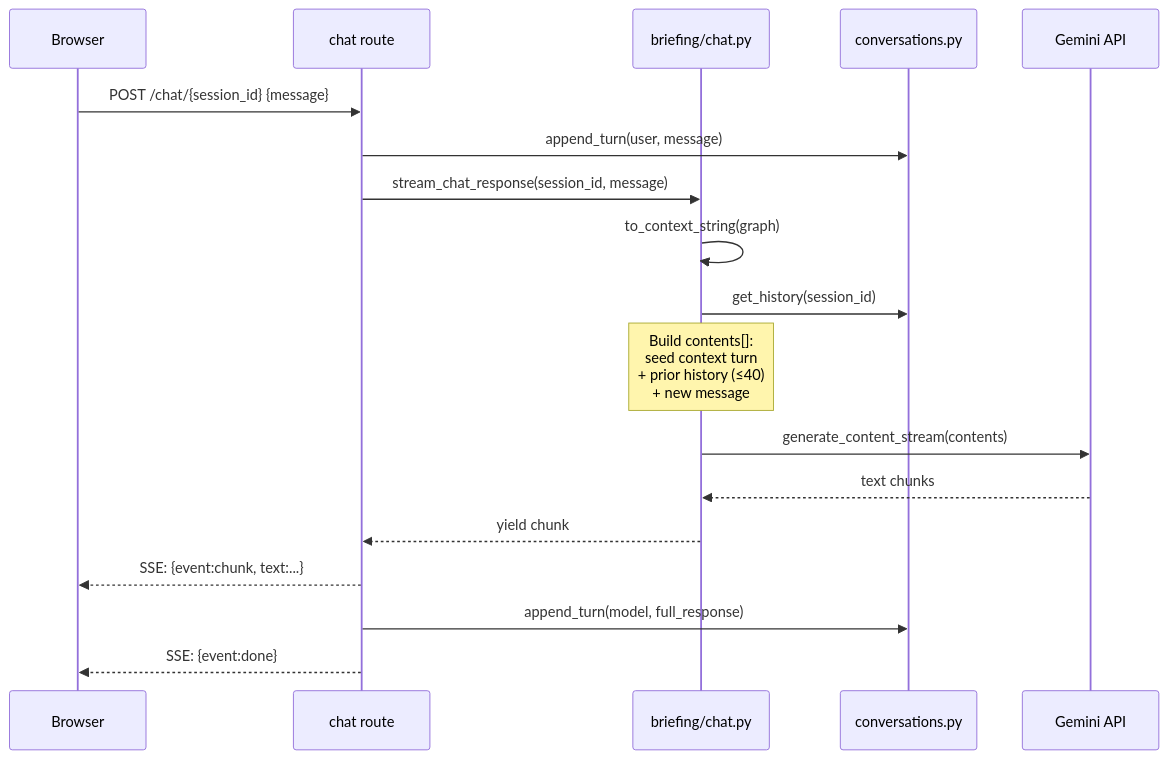
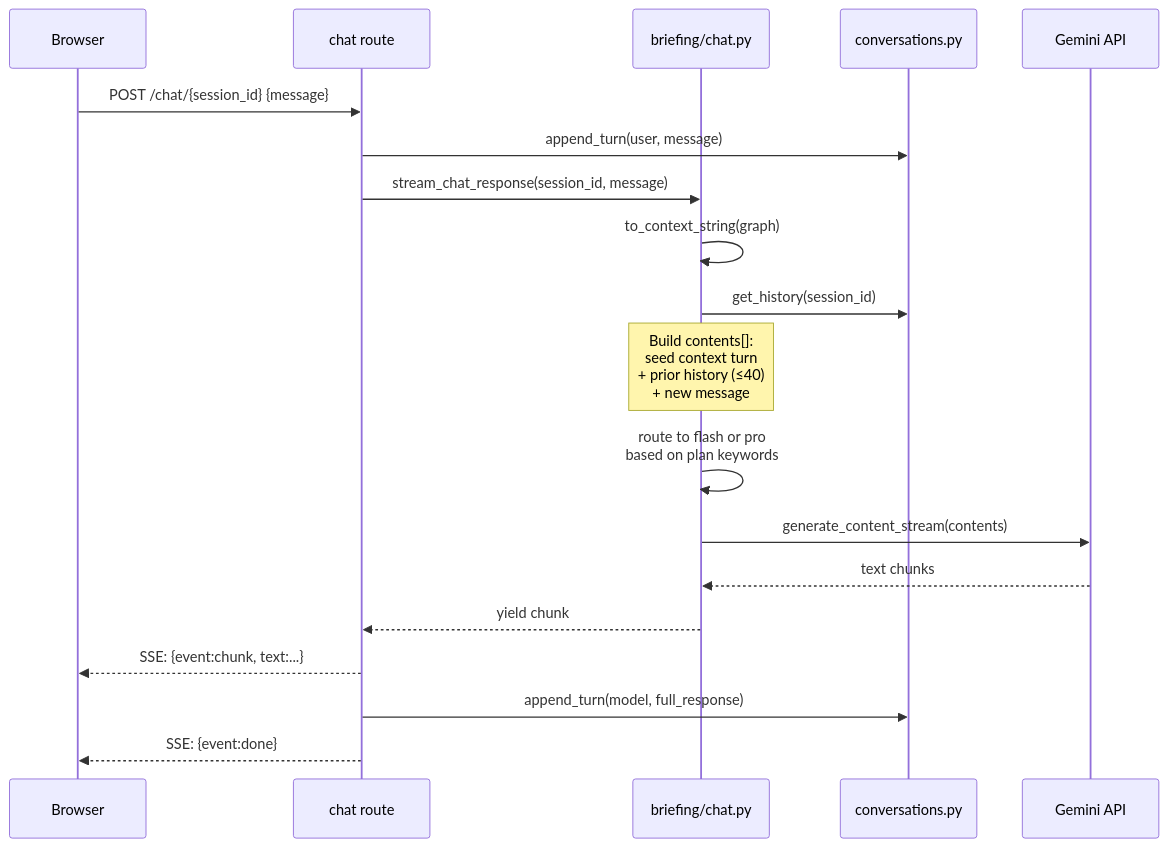
The fourth of 8 diagrams in ARCHITECTURE.md (ask-anannya/Compass), drawn with Mermaid before and after one commit. The commit also changed other lines of this file and 13 other files, not shown here.

First line of the commit message:
Add Live Assistant, architecture diagram, tool calling, and transcript streaming

````diff
--- a/ARCHITECTURE.md
+++ b/ARCHITECTURE.md
@@ -138,21 +139,22 @@
 ```mermaid
 sequenceDiagram
     participant B as Browser
     participant R as chat route
     participant C as briefing/chat.py
     participant H as conversations.py
     participant G as Gemini API
 
     B->>R: POST /chat/{session_id} {message}
     R->>H: append_turn(user, message)
     R->>C: stream_chat_response(session_id, message)
     C->>C: to_context_string(graph)
     C->>H: get_history(session_id)
     Note over C: Build contents[]:<br/>seed context turn<br/>+ prior history (≤40)<br/>+ new message
+    C->>C: route to flash or pro<br/>based on plan keywords
     C->>G: generate_content_stream(contents)
     G-->>C: text chunks
     C-->>R: yield chunk
     R-->>B: SSE: {event:chunk, text:...}
     R->>H: append_turn(model, full_response)
     R-->>B: SSE: {event:done}
 ```
````
